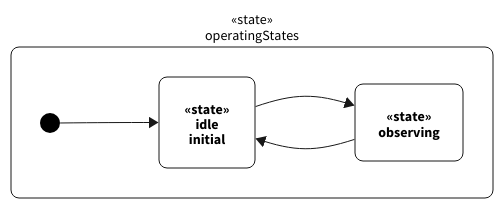
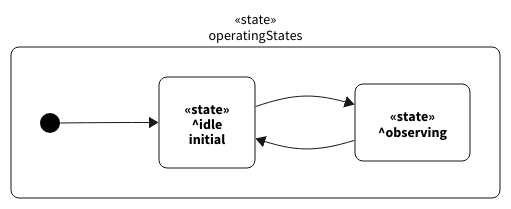
One commit to Open-MBEE/OpenSysML changed the second of 2 diagrams in internal/doc/docrender/testdata/telescope_report.d2.golden.md. Above: the diagram before and after it, drawn with D2. The commit also changed 17 other files, not shown here.

````diff
--- a/internal/doc/docrender/testdata/telescope_report.d2.golden.md
+++ b/internal/doc/docrender/testdata/telescope_report.d2.golden.md
@@ -106,18 +106,18 @@
 ```d2
 # state rendering (the diagram states kind "state")
 direction: right
 classes: {
   usage: { style: { fill: white; stroke: "#181818"; stroke-width: 1; font-color: black; font-size: 14; border-radius: 8 } }
   initial: { shape: oval; width: 18; height: 18; style: { fill: black; stroke: black } }
   edge: { style: { stroke: "#181818"; font-size: 13; font-color: black; stroke-width: 1 } }
 }
 n0: "«state»\noperatingStates" {
   class: usage
   n3: "" { class: initial }
-  n1: "«state»\nidle\ninitial" { class: usage }
-  n2: "«state»\nobserving" { class: usage }
+  n1: "«state»\n^idle\ninitial" { class: usage }
+  n2: "«state»\n^observing" { class: usage }
 }
 n0.n3 -> n0.n1: { class: edge }
 n0.n1 -> n0.n2: { class: edge }
 n0.n2 -> n0.n1: { class: edge }
 ```
````
